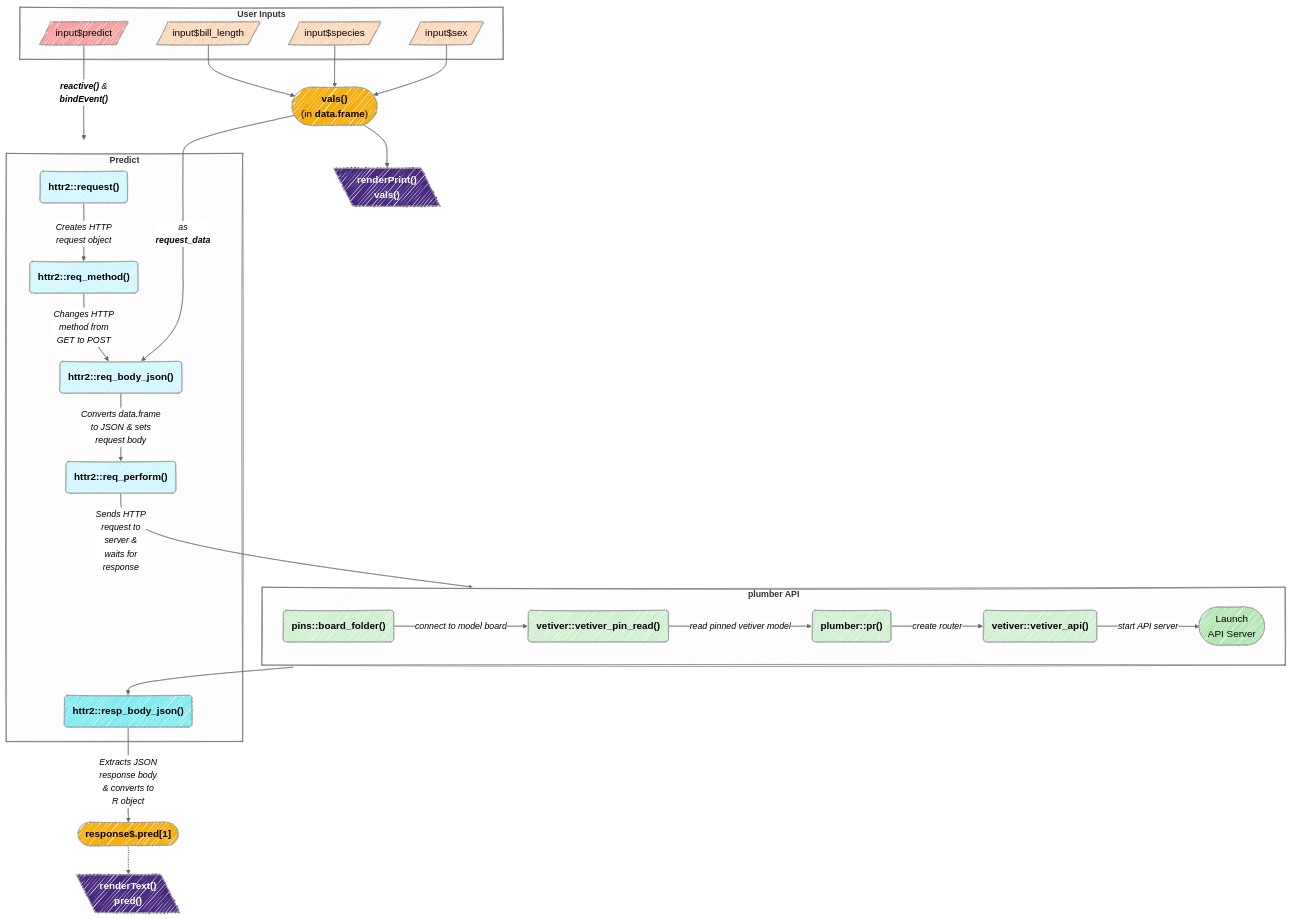
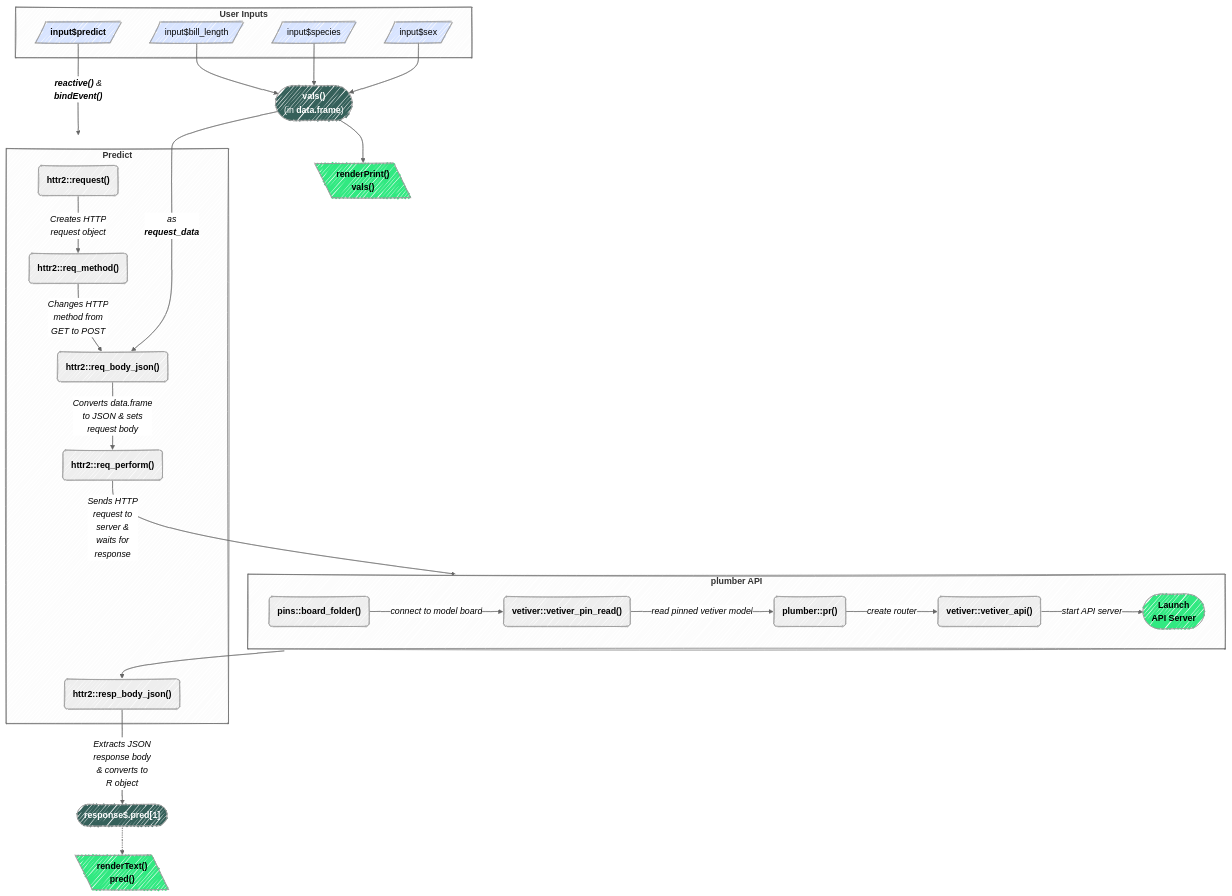
One commit to mjfrigaard/do4ds-labs changed the sixth of 10 diagrams in r-app-api.qmd. Above: the diagram before and after it, drawn with Mermaid. The commit also changed other lines of this file and 18 other files, not shown here.

````diff
--- a/r-app-api.qmd
+++ b/r-app-api.qmd
@@ -482,80 +481,62 @@
 ```{mermaid}
 %%| fig-cap: 'Input Dependencies'
 %%| fig-align: center
 %%{init: {'theme': 'neutral', 'look': 'handDrawn', 'themeVariables': { 'fontFamily': 'monospace', "fontSize":"16px"}}}%%
 
 graph TD
     subgraph Inputs["<strong>User Inputs</strong>"]
     I1[/"input$bill_length"/]
     I2[/"input$species"/]
     I3[/"input$sex"/]
-    I4[/"input$predict"/]
+    I4[/"<strong>input$predict</strong>"/]
     end
-    
-    %% Style for inputs %%
-    style I1 fill:#fdd9bb,color:#000,font-size:18px
-    style I2 fill:#fdd9bb,color:#000,font-size:18px
-    style I3 fill:#fdd9bb,color:#000,font-size:18px
-    style I4 fill:#f9a0a0,color:#000,font-size:18px
-    
 
     subgraph API["<strong>plumber API</strong>"]
       ModBoard("<strong>pins::board_folder()</strong>")
       ModPin("<strong>vetiver::vetiver_pin_read()</strong>")
       ModRout("<strong>plumber::pr()</strong>") 
       ModApi("<strong>vetiver::vetiver_api()</strong>") 
-      ApiServ(["Launch<br>API Server"])
+      ApiServ(["<strong>Launch<br>API Server</strong>"])
       ModBoard --"<em>connect to model board</em>"--> ModPin 
       ModPin --"<em>read pinned vetiver model</em>"--> ModRout 
       ModRout --"<em>create router</em>"--> ModApi 
       ModApi --"<em>start API server</em>"--> ApiServ
     end
-
-    %% Style for API %%
-    style ModBoard fill:#d1f0d2,color:#000,font-size:18px
-    style ModPin fill:#d1f0d2,color:#000,font-size:18px
-    style ModRout fill:#d1f0d2,color:#000,font-size:18px
-    style ModApi fill:#d1f0d2,color:#000,font-size:18px
-    style ApiServ fill:#b3e7b4,font-size:18px
 
     subgraph Pred["<strong>Predict</strong>"]
         Req("<strong>httr2::request()</strong>") --"<em>Creates HTTP<br>request object</em>"--> Meth("<strong>httr2::req_method()</strong>")
         Meth --"<em>Changes HTTP<br>method from<br>GET to POST</em>"--> BodyJson1("<strong>httr2::req_body_json()</strong>")
         BodyJson1 --"<em>Converts data.frame<br>to JSON & sets<br>request body</em>"--> Perform("<strong>httr2::req_perform()</strong>")
         BodyJson2("<strong>httr2::resp_body_json()</strong>")
     end
 
-    %% Style for httr2 %%
-    style Req fill:#d1f7ff,color:#000,rx:20,ry:20,font-size:18px
-    style Meth fill:#d1f7ff,color:#000,rx:20,ry:20,font-size:18px
-    style BodyJson1 fill:#d1f7ff,color:#000,rx:20,ry:20,font-size:18px
-    style Perform fill:#d1f7ff,color:#000,rx:20,ry:20,font-size:18px
-    style BodyJson2 fill:#82ecf3,color:#000,rx:20,ry:20,font-size:18px
-
     Perform --"<em>Sends HTTP<br>request to<br>server &<br>waits for<br>response</em>"--> API 
     API --> BodyJson2
    
     Res(["<strong>response$.pred[1]</strong>"])
     ValsReact(["<strong>vals()</strong><br>(in <strong>data.frame</strong>)"])
-
-    %% Style for reactives %%
-    style Res fill:#f6ae0e,color:#000,font-size:18px
-    style ValsReact fill:#f6ae0e,color:#000,font-size:18px
-
     BodyJson2 --"<em>Extracts JSON<br>response body<br>& converts to<br>R object</em>"--> Res
     
     I1 --> ValsReact
     I2 --> ValsReact
     I3 --> ValsReact
     I4 --"<em><strong>reactive()</strong> & <br><strong>bindEvent()</strong></em>"---> Pred
     
     ValsReact --"<em>as<br><strong>request_data</strong></em>"--> BodyJson1
     
     ValsReact --> RenPrnt[\"<strong>renderPrint()</strong><br><strong>vals()</strong>"\]
     Res -.-> RenTxt[\"<strong>renderText()</strong><br><strong>pred()</strong>"\]
     
-    style RenTxt fill:#49297e,color:#fff,font-size:18px
-    style RenPrnt fill:#49297e,color:#fff,font-size:18px
-
+    %% Style for inputs %%
+    style I1 fill:#d8e4ff
+    style I2 fill:#d8e4ff
+    style I3 fill:#d8e4ff
+    style I4 fill:#d8e4ff
+    
+    style RenTxt fill:#31e981
+    style RenPrnt fill:#31e981
+    style ApiServ fill:#31e981
+    style Res fill:#35605a,color:#fff
+    style ValsReact fill:#35605a,color:#fff
 
 ```
````
